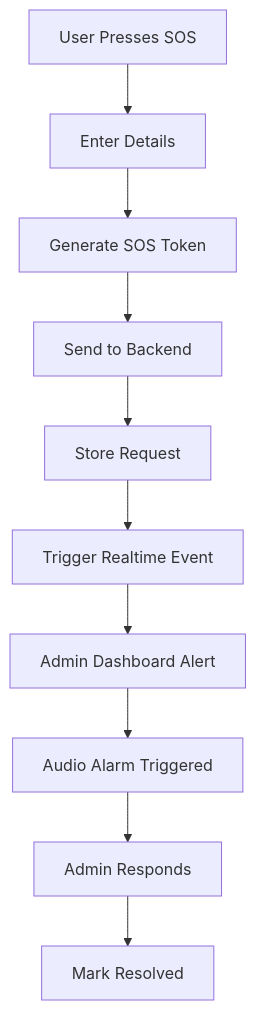
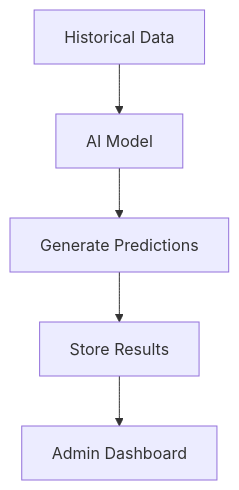
The sixth of 13 diagrams in README.md (vanshrajputcodes/Flowsense), drawn with Mermaid before and after one commit. The commit also changed other lines of this file, not shown here.

````diff
--- a/README.md
+++ b/README.md
@@ -95,15 +129,7 @@
 ```mermaid
 flowchart TD
-    A[User Presses SOS] --> B[Enter Details]
-    B --> C[Generate SOS Token]
-    C --> D[Send to Backend]
-
-    D --> E[Store Request]
-    E --> F[Trigger Realtime Event]
-
-    F --> G[Admin Dashboard Alert]
-    G --> H[Audio Alarm Triggered]
-
-    H --> I[Admin Responds]
-    I --> J[Mark Resolved]
+    A[Historical Data] --> B[AI Model]
+    B --> C[Generate Predictions]
+    C --> D[Store Results]
+    D --> E[Admin Dashboard]
 ```
````
